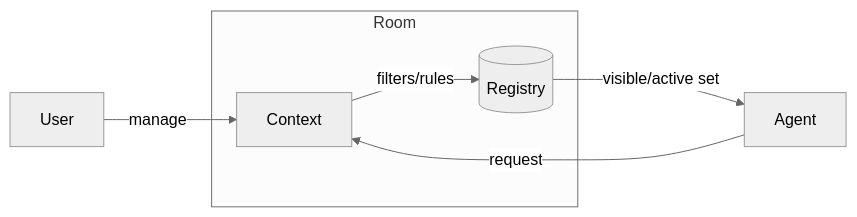
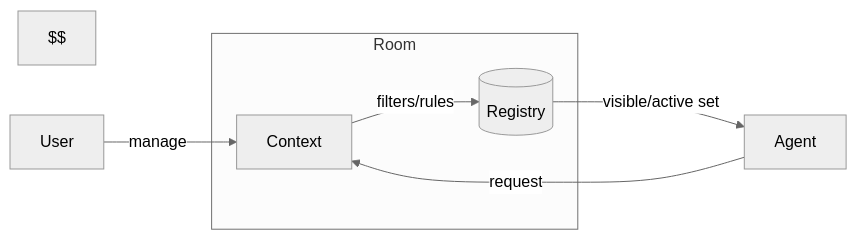
Before and after one commit to octave-commons/promethean: the fourth of 4 diagrams in docs/inbox/enso-draft.md, drawn with Mermaid (neutral theme). The commit also changed other lines of this file and 1148 other files, not shown here.

````diff
--- a/docs/inbox/enso-draft.md
+++ b/docs/inbox/enso-draft.md
@@ -1143,11 +1254,17 @@
 ```mermaid
 flowchart LR
   subgraph Room
     Ctx["Context<ctxId>"]
     Index[(Registry)]
   end
+$$
   User-- manage -->Ctx
+$$
+$$
   Agent-- request -->Ctx
+$$
+$$
   Ctx-- filters/rules -->Index
+$$
   Index-- visible/active set --> Agent
 ```
````
